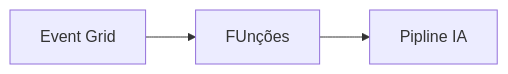
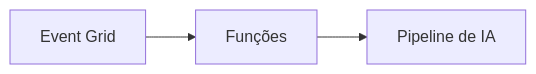
Before and after one commit to microsoft/AZD-for-beginners: the second of 2 diagrams in translations/pt-PT/docs/chapter-08-production/README.md, drawn with Mermaid. The commit also changed other lines of this file and 101 other files, not shown here.

````diff
--- a/translations/pt-PT/docs/chapter-08-production/README.md
+++ b/translations/pt-PT/docs/chapter-08-production/README.md
@@ -54,4 +56,4 @@
 ```mermaid
 graph LR
-    EventGrid[Event Grid] --> Functions[FUnções] --> Pipeline[Pipline IA]
+    EventGrid[Event Grid] --> Functions[Funções] --> Pipeline[Pipeline de IA]
 ```
````
